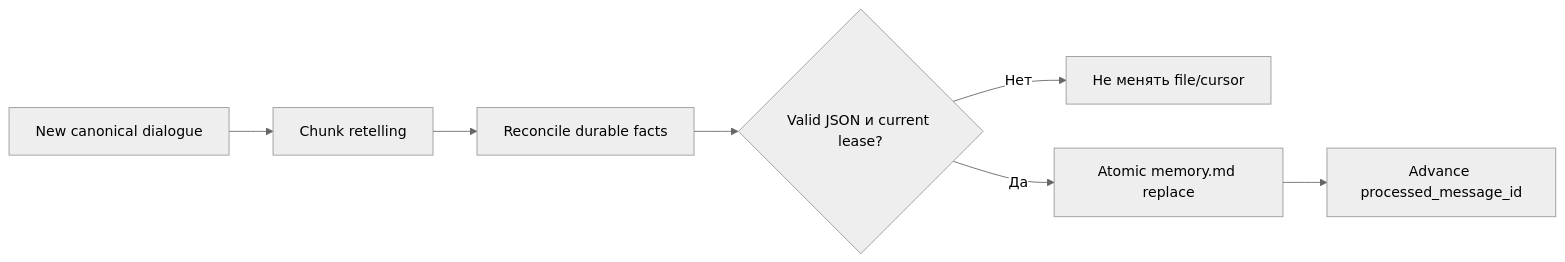
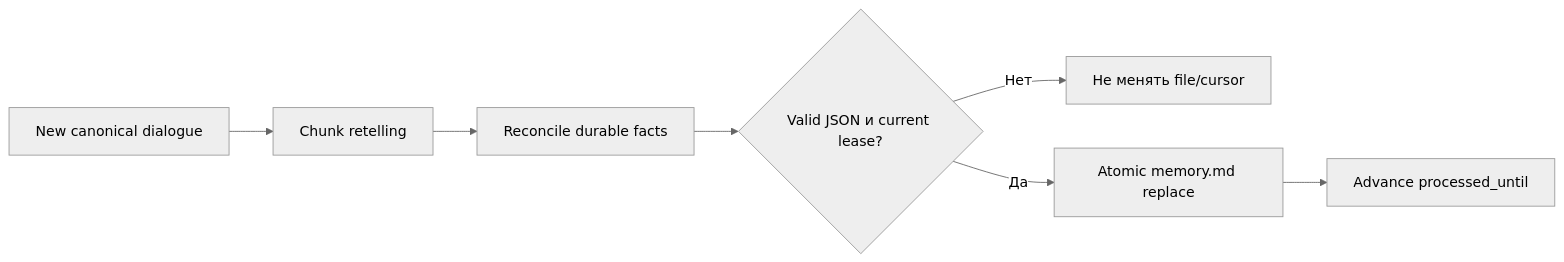
Before and after one commit to myvaheed/tg-ai-safwa: diagram 11 of 11 in docs/STRUCTURE_GRAPH.md, drawn with Mermaid (neutral theme). The commit also changed other lines of this file and 28 other files, not shown here.

````diff
--- a/docs/STRUCTURE_GRAPH.md
+++ b/docs/STRUCTURE_GRAPH.md
@@ -294,9 +295,9 @@
 ```mermaid
 flowchart LR
     HISTORY["New canonical dialogue"] --> RETELL["Chunk retelling"]
     RETELL --> RECONCILE["Reconcile durable facts"]
     RECONCILE --> VALID{"Valid JSON и current lease?"}
     VALID -->|"Нет"| KEEP["Не менять file/cursor"]
     VALID -->|"Да"| FILE["Atomic memory.md replace"]
-    FILE --> CURSOR["Advance processed_message_id"]
+    FILE --> CURSOR["Advance processed_until"]
 ```
````
